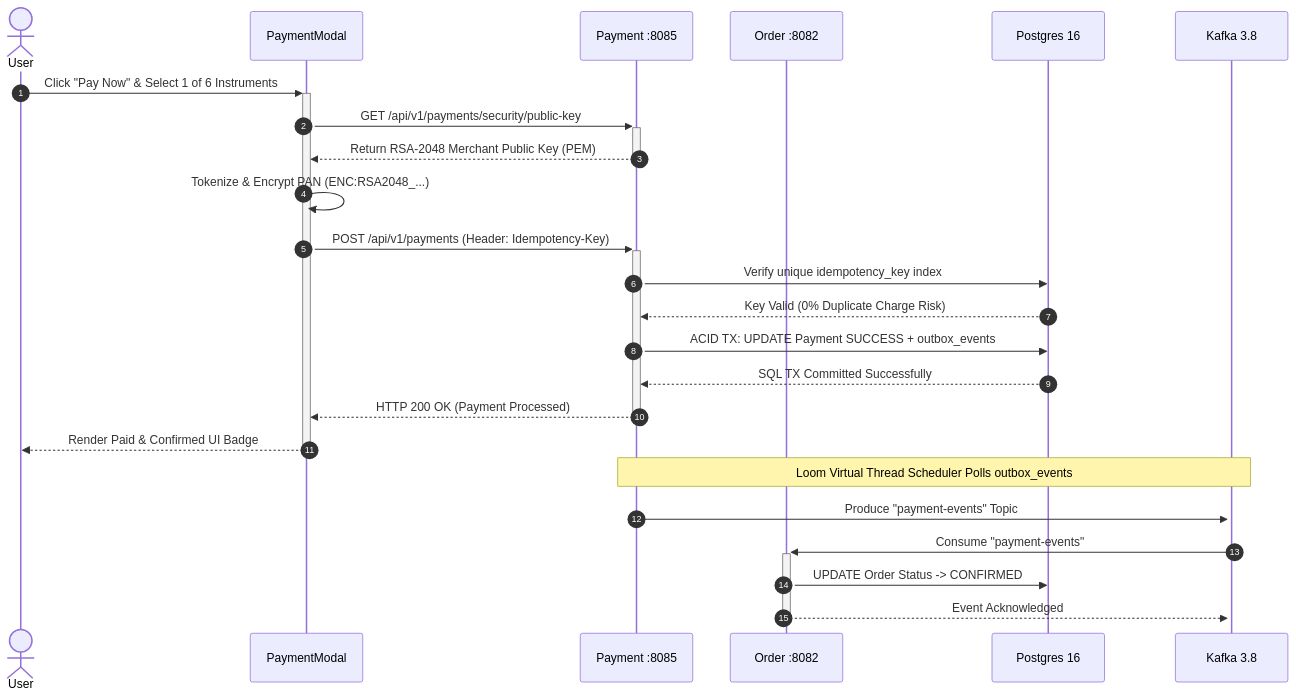
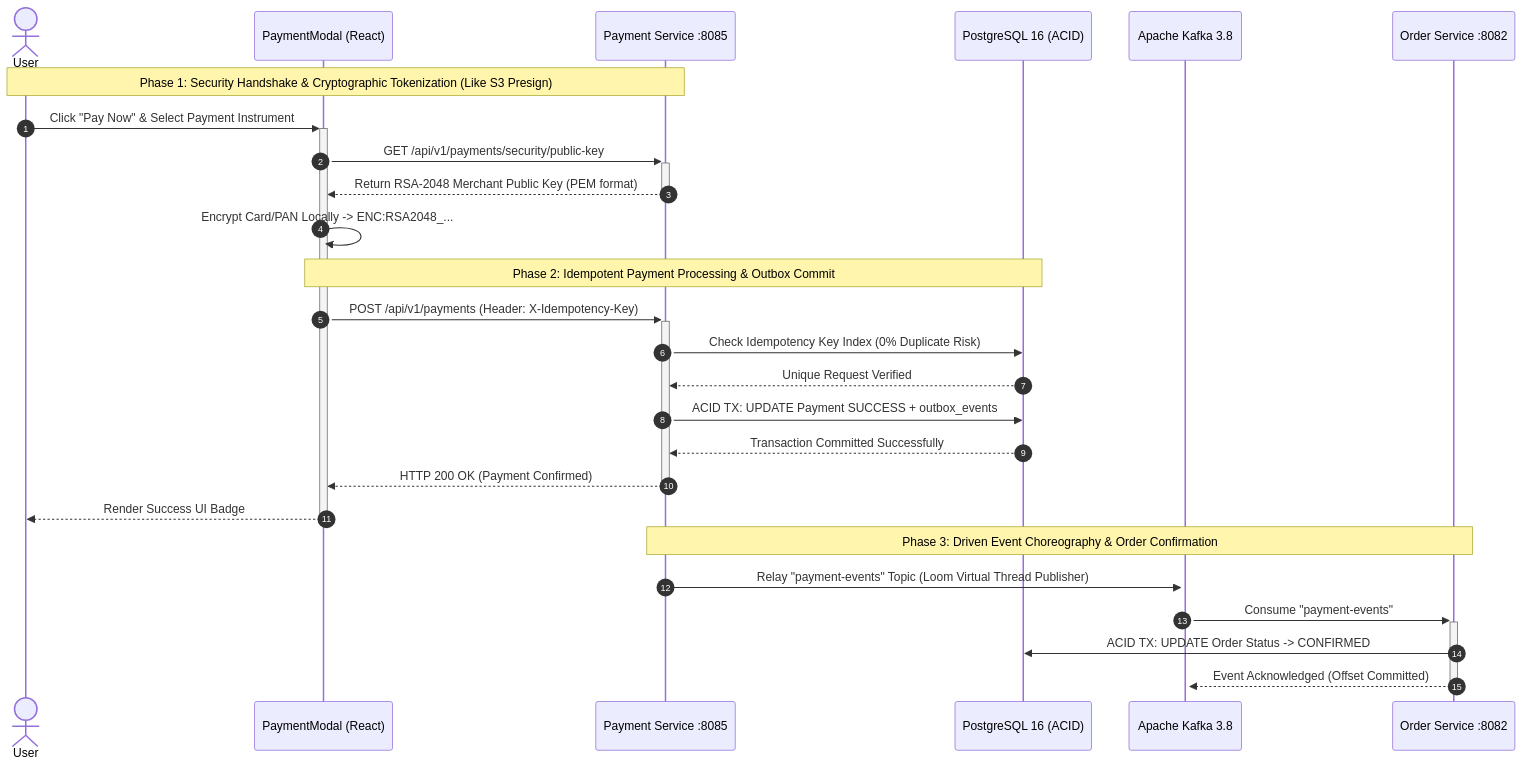
Before and after one commit to Aaseya120/Java_21_ReactJs_FullStack: the third of 4 diagrams in README.md, drawn with Mermaid. The commit also changed other lines of this file, not shown here.

````diff
--- a/README.md
+++ b/README.md
@@ -148,27 +163,31 @@
 ```mermaid
 sequenceDiagram
     autonumber
     actor User
-    participant UI as PaymentModal
-    participant PAY as Payment :8085
-    participant OS as Order :8082
-    participant DB as Postgres 16
-    participant KF as Kafka 3.8
+    participant UI as PaymentModal (React)
+    participant PAY as Payment Service :8085
+    participant DB as PostgreSQL 16 (ACID)
+    participant KF as Apache Kafka 3.8
+    participant OS as Order Service :8082
 
-    User->>+UI: Click "Pay Now" & Select 1 of 6 Instruments
+    Note over User,PAY: Phase 1: Security Handshake & Cryptographic Tokenization (Like S3 Presign)
+    User->>+UI: Click "Pay Now" & Select Payment Instrument
     UI->>+PAY: GET /api/v1/payments/security/public-key
-    PAY-->>-UI: Return RSA-2048 Merchant Public Key (PEM)
-    UI->>UI: Tokenize & Encrypt PAN (ENC:RSA2048_...)
-    UI->>+PAY: POST /api/v1/payments (Header: Idempotency-Key)
-    PAY->>DB: Verify unique idempotency_key index
-    DB-->>PAY: Key Valid (0% Duplicate Charge Risk)
+    PAY-->>-UI: Return RSA-2048 Merchant Public Key (PEM format)
+    UI->>UI: Encrypt Card/PAN Locally -> ENC:RSA2048_...
+
+    Note over UI,DB: Phase 2: Idempotent Payment Processing & Outbox Commit
+    UI->>+PAY: POST /api/v1/payments (Header: X-Idempotency-Key)
+    PAY->>DB: Check Idempotency Key Index (0% Duplicate Risk)
+    DB-->>PAY: Unique Request Verified
     PAY->>DB: ACID TX: UPDATE Payment SUCCESS + outbox_events
-    DB-->>PAY: SQL TX Committed Successfully
-    PAY-->>-UI: HTTP 200 OK (Payment Processed)
-    UI-->>-User: Render Paid & Confirmed UI Badge
-    Note over PAY,KF: Loom Virtual Thread Scheduler Polls outbox_events
-    PAY->>+KF: Produce "payment-events" Topic
+    DB-->>PAY: Transaction Committed Successfully
+    PAY-->>-UI: HTTP 200 OK (Payment Confirmed)
+    UI-->>-User: Render Success UI Badge
+
+    Note over PAY,OS: Phase 3: Driven Event Choreography & Order Confirmation
+    PAY->>+KF: Relay "payment-events" Topic (Loom Virtual Thread Publisher)
     KF->>+OS: Consume "payment-events"
-    OS->>DB: UPDATE Order Status -> CONFIRMED
-    OS-->>-KF: Event Acknowledged
+    OS->>DB: ACID TX: UPDATE Order Status -> CONFIRMED
+    OS-->>-KF: Event Acknowledged (Offset Committed)
 ```
````
